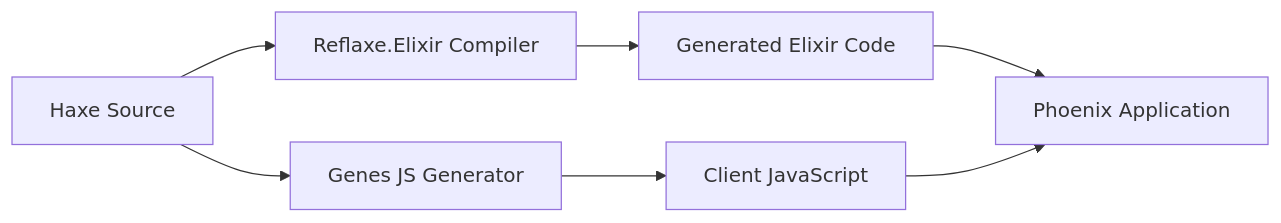
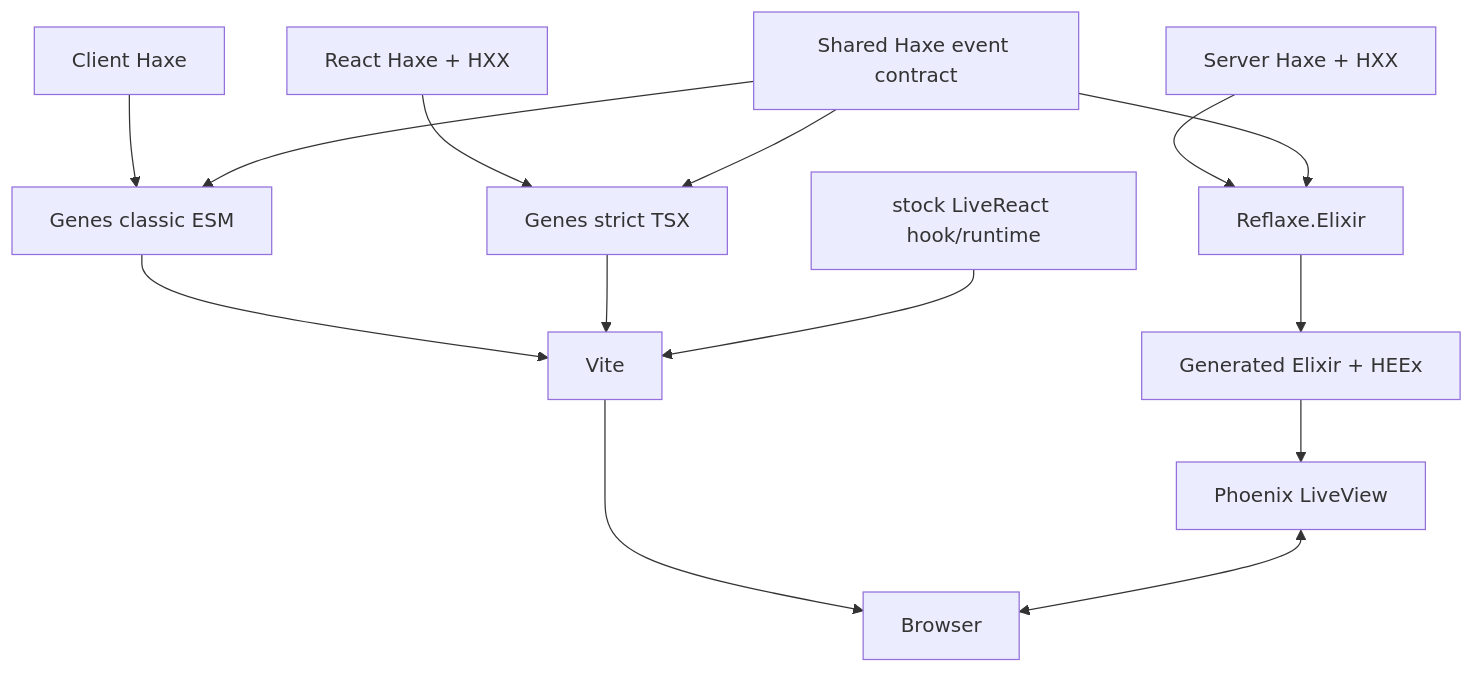
The diagram in examples/todo-app/ARCHITECTURE.md (fullofcaffeine/reflaxe.elixir), drawn with Mermaid before and after one commit. The commit also changed other lines of this file and 137 other files, not shown here.

Commit message:
feat(phoenix): complete Haxe-first LiveReact canary

````diff
--- a/examples/todo-app/ARCHITECTURE.md
+++ b/examples/todo-app/ARCHITECTURE.md
@@ -65,10 +166,16 @@
 ```mermaid
-graph LR
-    A[Haxe Source] --> B[Reflaxe.Elixir Compiler]
-    B --> C[Generated Elixir Code]
-    C --> D[Phoenix Application]
-    
-    A --> E[Genes JS Generator]
-    E --> F[Client JavaScript]
-    F --> D
+graph TD
+  SH[Server Haxe + HXX] --> RE[Reflaxe.Elixir]
+  RE --> EX[Generated Elixir + HEEx]
+  CH[Client Haxe] --> GE[Genes classic ESM]
+  RH[React Haxe + HXX] --> GT[Genes strict TSX]
+  SP[Shared Haxe event contract] --> RE
+  SP --> GE
+  SP --> GT
+  EX --> PHX[Phoenix LiveView]
+  GE --> V[Vite]
+  GT --> V
+  LR[stock LiveReact hook/runtime] --> V
+  V --> B[Browser]
+  PHX <--> B
 ```
````
